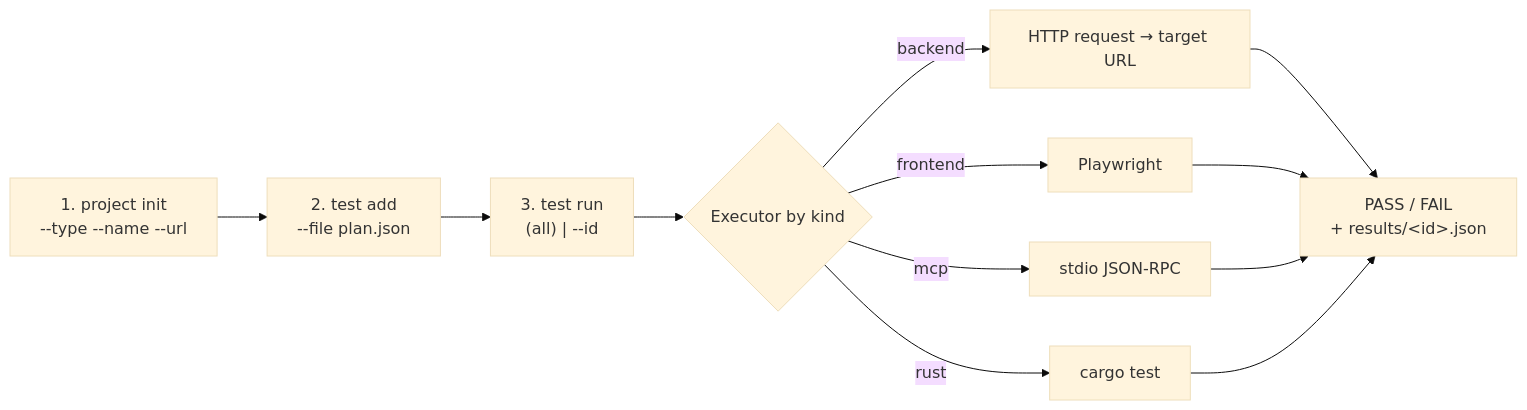
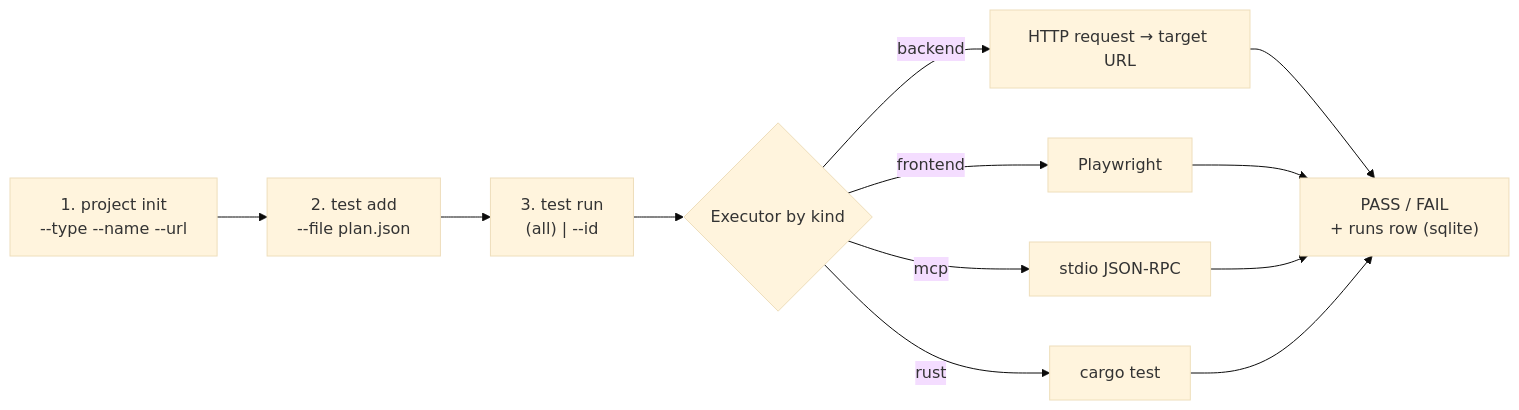
Before and after one commit to Miasin-Labs/testsprite-rs: the first of 3 diagrams in docs/FLOW.md, drawn with Mermaid (base theme). The commit also changed other lines of this file and 9 other files, not shown here.

````diff
--- a/docs/FLOW.md
+++ b/docs/FLOW.md
@@ -9,14 +9,14 @@
 ```mermaid
 flowchart LR
   A["1. project init<br/>--type --name --url"] --> B["2. test add<br/>--file plan.json"]
   B --> C["3. test run<br/>(all) | --id"]
   C --> D{"Executor by kind"}
   D -->|backend| H["HTTP request → target URL"]
   D -->|frontend| P["Playwright"]
   D -->|mcp| M["stdio JSON-RPC"]
   D -->|rust| R["cargo test"]
-  H --> V["PASS / FAIL<br/>+ results/&lt;id&gt;.json"]
+  H --> V["PASS / FAIL<br/>+ runs row (sqlite)"]
   P --> V
   M --> V
   R --> V
 ```
````
